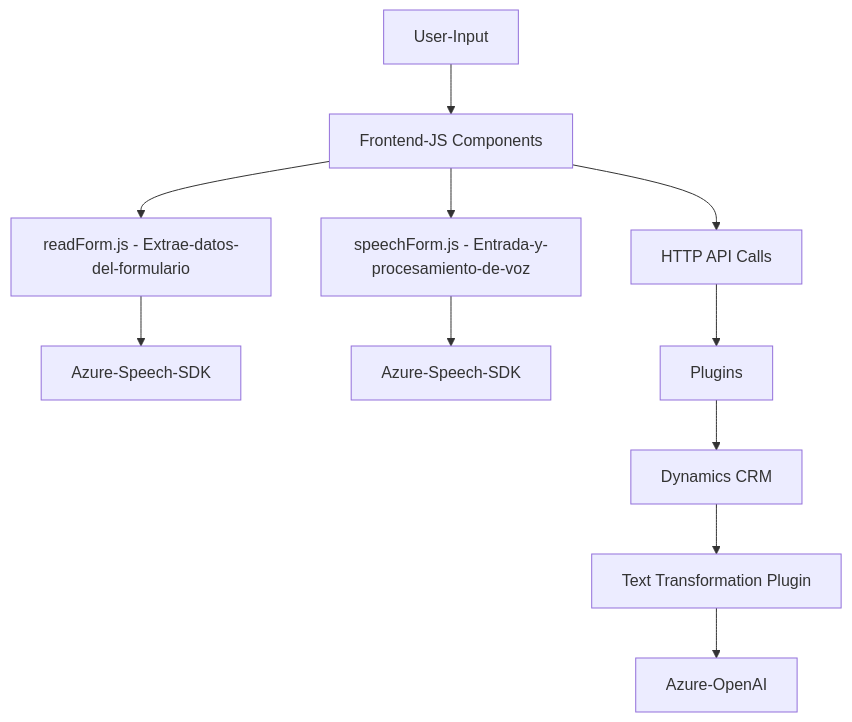
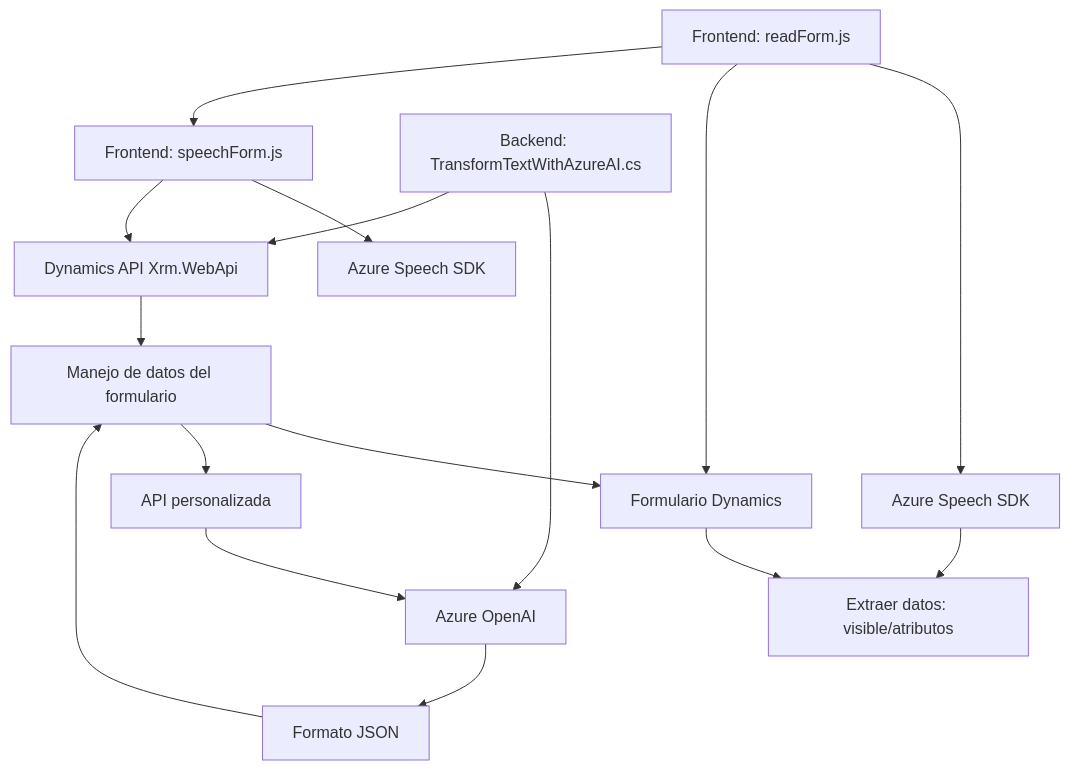
The diagram in README.md (blopezdm/NETCORE_BILBAO2025), drawn with Mermaid before and after one commit. The commit also changed other lines of this file, not shown here.

````diff
--- a/README.md
+++ b/README.md
@@ -38,16 +34,19 @@
 ```mermaid
 graph TD
-    A[User-Input] --> B["Frontend-JS Components"]
-    B --> C["readForm.js - Extrae-datos-del-formulario"]
-    B --> D["speechForm.js - Entrada-y-procesamiento-de-voz"]
+A["Frontend: readForm.js"] --> B["Azure Speech SDK"]
+A --> C["Formulario Dynamics"]
+B --> D["Síntesis de voz"] 
+C --> D["Extraer datos: visible/atributos"]
+A --> E["Frontend: speechForm.js"]
+E --> F["Azure Speech SDK"]
+E --> G["Dynamics API Xrm.WebApi"]
+G --> H["Manejo de datos del formulario"]
+H --> C
+H --> I["API personalizada"]
+I --> J["Azure OpenAI"]
 
-    C --> E["Azure-Speech-SDK"]
-    D --> F["Azure-Speech-SDK"]
-    
-    B --> G["HTTP API Calls"]
-
-    G --> H["Plugins"]
-    H --> I["Dynamics CRM"]
-    I --> J["Text Transformation Plugin"]
-    J --> K["Azure-OpenAI"]
+M["Backend: TransformTextWithAzureAI.cs"] --> J
+M --> G
+J --> N["Formato JSON"]
+N --> H
 ```
````
